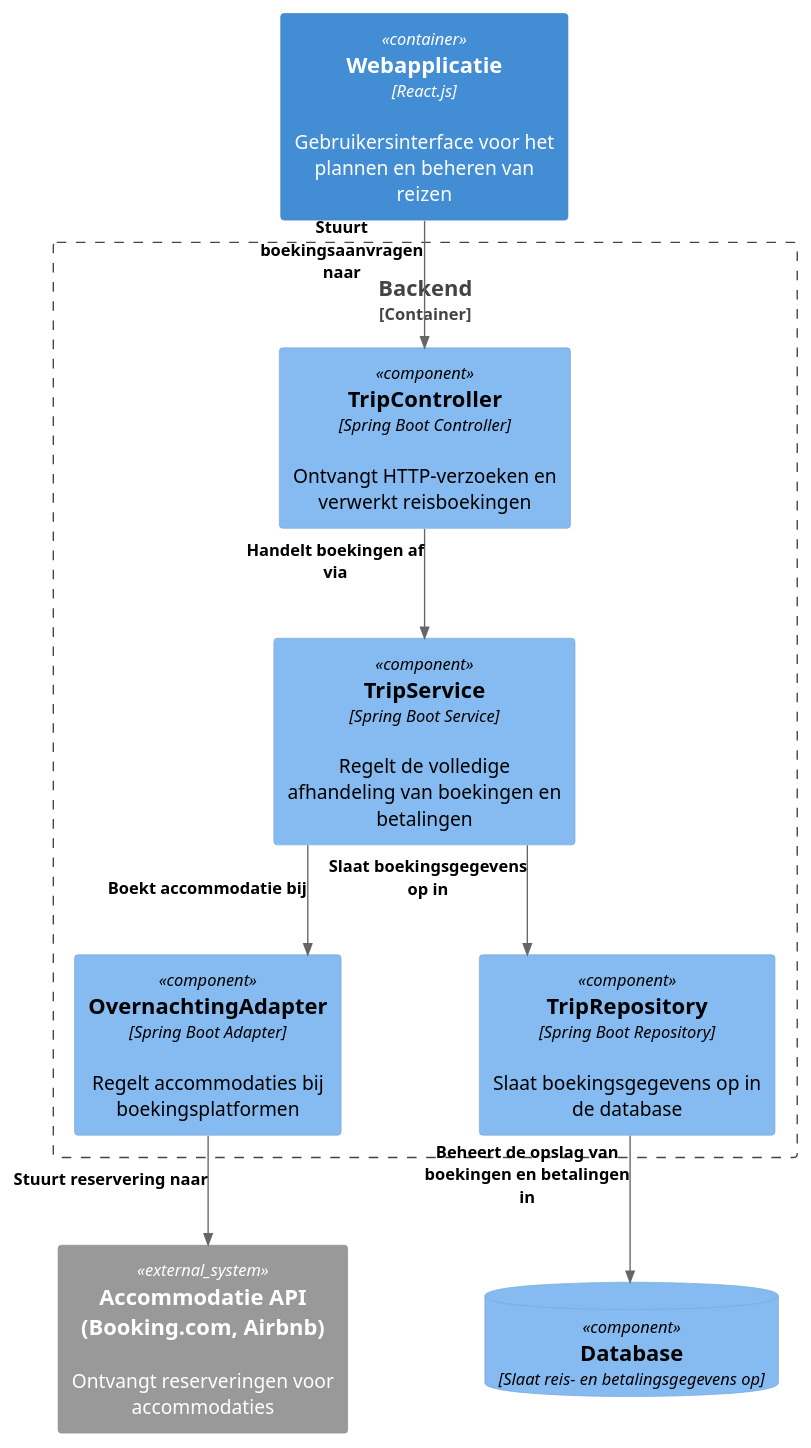
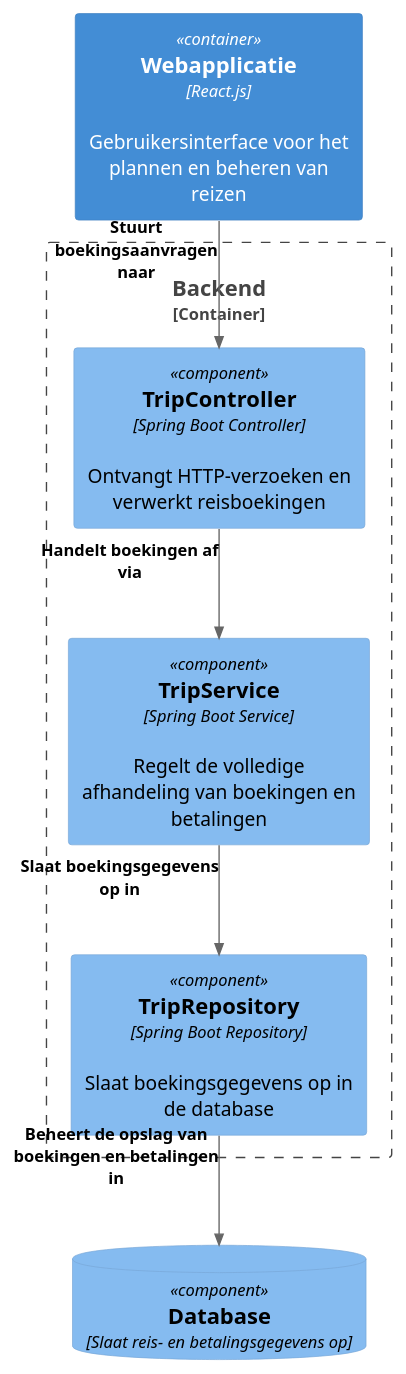
Before and after one commit to AIM-ENE-feb25/triptop-livingin-s-pain-nouri-siebe-boris: the diagram in Nouri bijdrage/Component_Onderwerpvraag.puml, drawn with PlantUML. The commit also changed 9 other files, not shown here.

```diff
--- a/Nouri bijdrage/Component_Onderwerpvraag.puml
+++ b/Nouri bijdrage/Component_Onderwerpvraag.puml
@@ -1,39 +1,35 @@
 @startuml
 !include https://raw.githubusercontent.com/plantuml-stdlib/C4-PlantUML/master/C4_Component.puml
 
 skinparam ranksep 80
 skinparam nodesep 100
 skinparam ArrowColor #666666
 skinparam linetype ortho
 
 skinparam ArrowFontSize 12
 skinparam ArrowFontColor black
 skinparam ArrowFontStyle bold
 skinparam ArrowFontName Arial
 
 Container(frontend, "Webapplicatie", "React.js", "Gebruikersinterface voor het plannen en beheren van reizen")
 
 Container_Boundary(cb, "Backend") {
     Component(tripcontroller, "TripController", "Spring Boot Controller", "Ontvangt HTTP-verzoeken en verwerkt reisboekingen")
     Component(tripservice, "TripService", "Spring Boot Service", "Regelt de volledige afhandeling van boekingen en betalingen")
-    Component(stayadapter, "OvernachtingAdapter", "Spring Boot Adapter", "Regelt accommodaties bij boekingsplatformen")
     Component(triprepository, "TripRepository", "Spring Boot Repository", "Slaat boekingsgegevens op in de database")
 }
 
 
 
-    System_Ext(stay, "Accommodatie API (Booking.com, Airbnb)", "Ontvangt reserveringen voor accommodaties")
     ComponentDb(db, "Database", "Slaat reis- en betalingsgegevens op")
 
 
 Rel(frontend, tripcontroller, "Stuurt boekingsaanvragen naar")
 Rel(tripcontroller, tripservice, "Handelt boekingen af via")
 
-Rel(tripservice, stayadapter, "Boekt accommodatie bij")
-Rel(stayadapter, stay, "Stuurt reservering naar")
 
 
 Rel(tripservice, triprepository, "Slaat boekingsgegevens op in")
 Rel(triprepository, db, "Beheert de opslag van boekingen en betalingen in")
 
 @enduml
```
